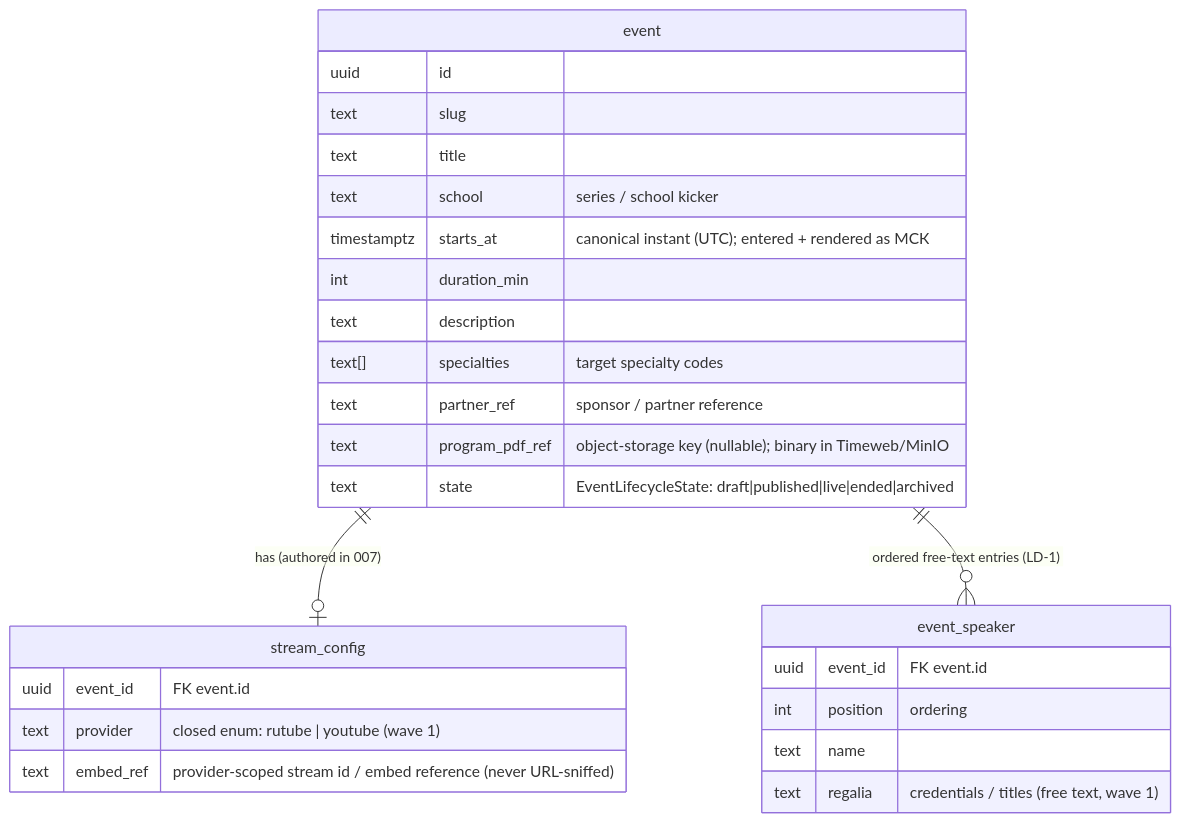
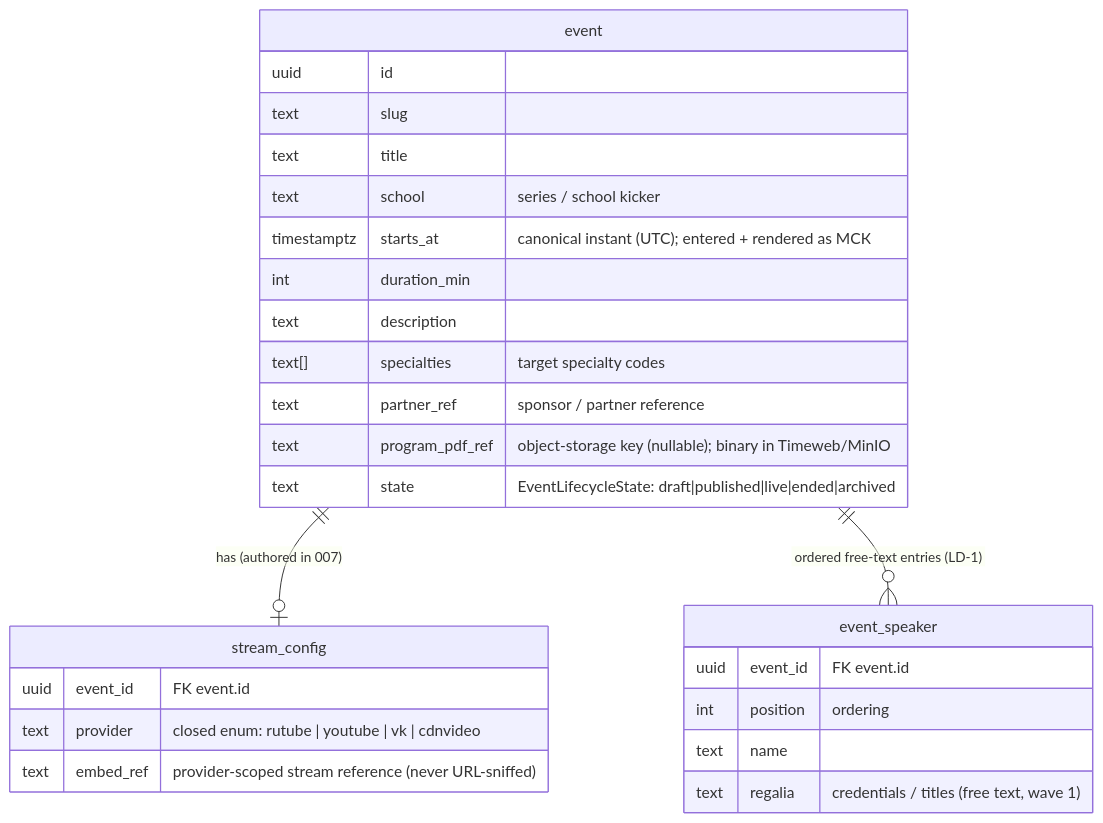
Before and after one commit to doctor-school/ds-platform: the third of 6 diagrams in apps/docs/content/specs/features/007-event-admin-minimal/007-design.md, drawn with Mermaid. The commit also changed other lines of this file and 20 other files, not shown here.

First line of the commit message:
feat(006): add VK Video + CDNVideo to the stream-provider enum end-to-end (#1134) (#1154)

````diff
--- a/apps/docs/content/specs/features/007-event-admin-minimal/007-design.md
+++ b/apps/docs/content/specs/features/007-event-admin-minimal/007-design.md
@@ -87,29 +87,29 @@
 ```mermaid
 erDiagram
     event ||--o| stream_config : "has (authored in 007)"
     event ||--o{ event_speaker : "ordered free-text entries (LD-1)"
     event {
       uuid id
       text slug
       text title
       text school "series / school kicker"
       timestamptz starts_at "canonical instant (UTC); entered + rendered as МСК"
       int duration_min
       text description
       text[] specialties "target specialty codes"
       text partner_ref "sponsor / partner reference"
       text program_pdf_ref "object-storage key (nullable); binary in Timeweb/MinIO"
       text state "EventLifecycleState: draft|published|live|ended|archived"
     }
     stream_config {
       uuid event_id "FK event.id"
-      text provider "closed enum: rutube | youtube (wave 1)"
-      text embed_ref "provider-scoped stream id / embed reference (never URL-sniffed)"
+      text provider "closed enum: rutube | youtube | vk | cdnvideo"
+      text embed_ref "provider-scoped stream reference (never URL-sniffed)"
     }
     event_speaker {
       uuid event_id "FK event.id"
       int position "ordering"
       text name
       text regalia "credentials / titles (free text, wave 1)"
     }
 ```
````
